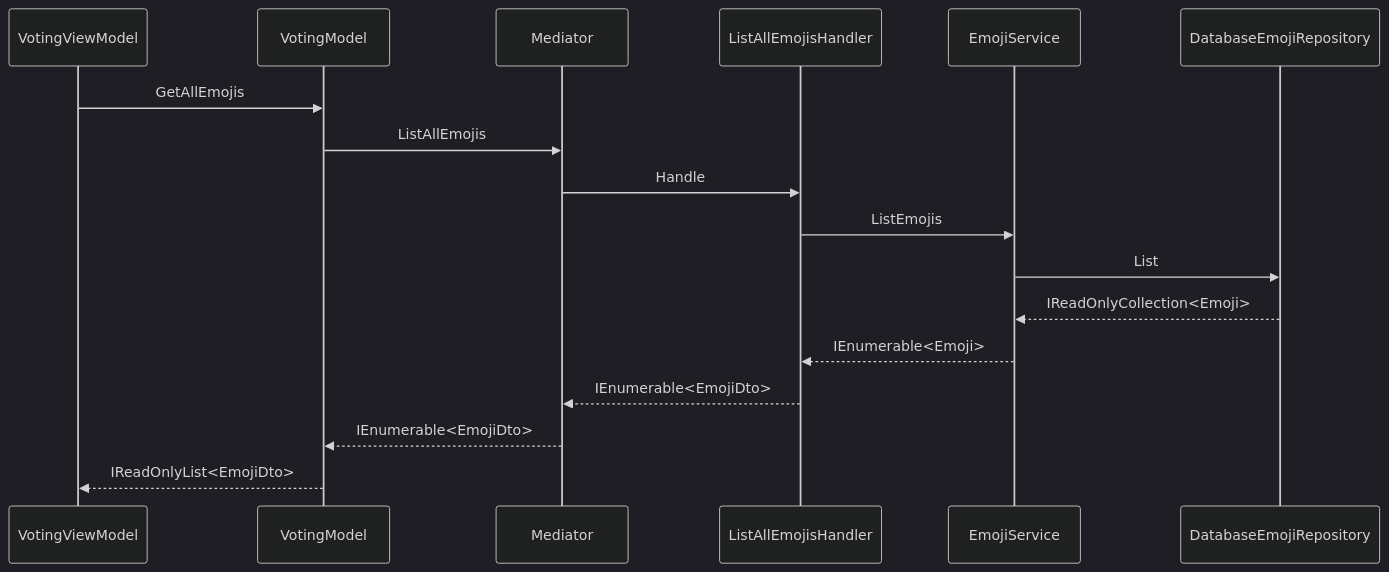
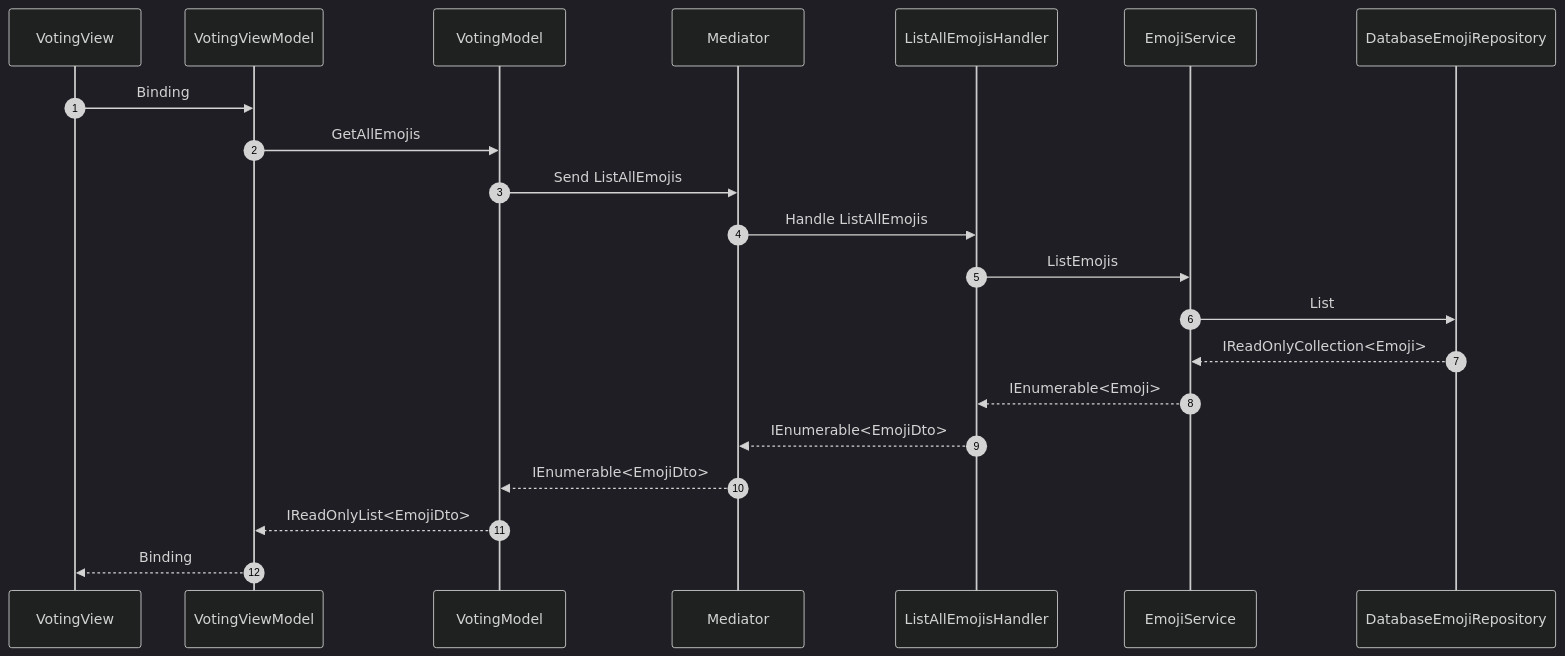
Before and after one commit to bravecobra/gui_study: the first of 5 diagrams in README.md, drawn with Mermaid (dark theme). The commit also changed other lines of this file, not shown here.

Commit message:
Added sequenceDiagram for the voting and the notifications

````diff
--- a/README.md
+++ b/README.md
@@ -7,14 +7,16 @@
-``` mermaid
+```mermaid
 sequenceDiagram
-
+    autonumber
+    VotingView->>VotingViewModel:Binding
     VotingViewModel->>VotingModel:GetAllEmojis
-    VotingModel->>Mediator:ListAllEmojis
-    Mediator->>ListAllEmojisHandler:Handle
+    VotingModel->>Mediator:Send ListAllEmojis
+    Mediator->>ListAllEmojisHandler:Handle ListAllEmojis
     ListAllEmojisHandler->>EmojiService:ListEmojis
     EmojiService->>DatabaseEmojiRepository:List
     DatabaseEmojiRepository-->>EmojiService:IReadOnlyCollection<Emoji>
     EmojiService-->>ListAllEmojisHandler:IEnumerable<Emoji>
     ListAllEmojisHandler-->>Mediator:IEnumerable<EmojiDto>
     Mediator-->>VotingModel:IEnumerable<EmojiDto>
     VotingModel-->>VotingViewModel:IReadOnlyList<EmojiDto>
+    VotingViewModel-->>VotingView:Binding
 ```
````
